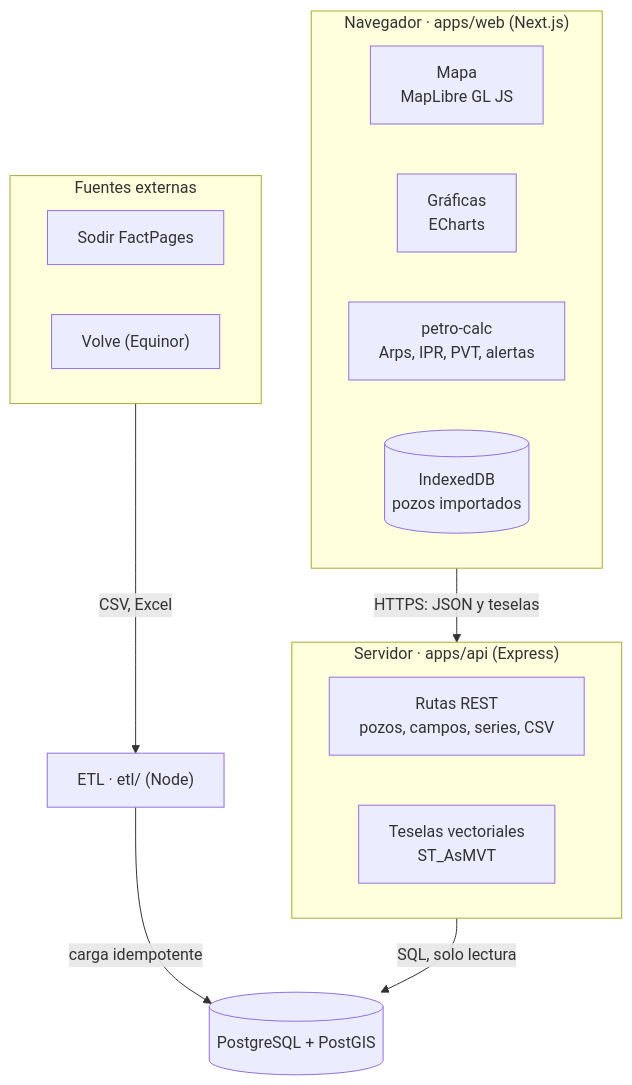
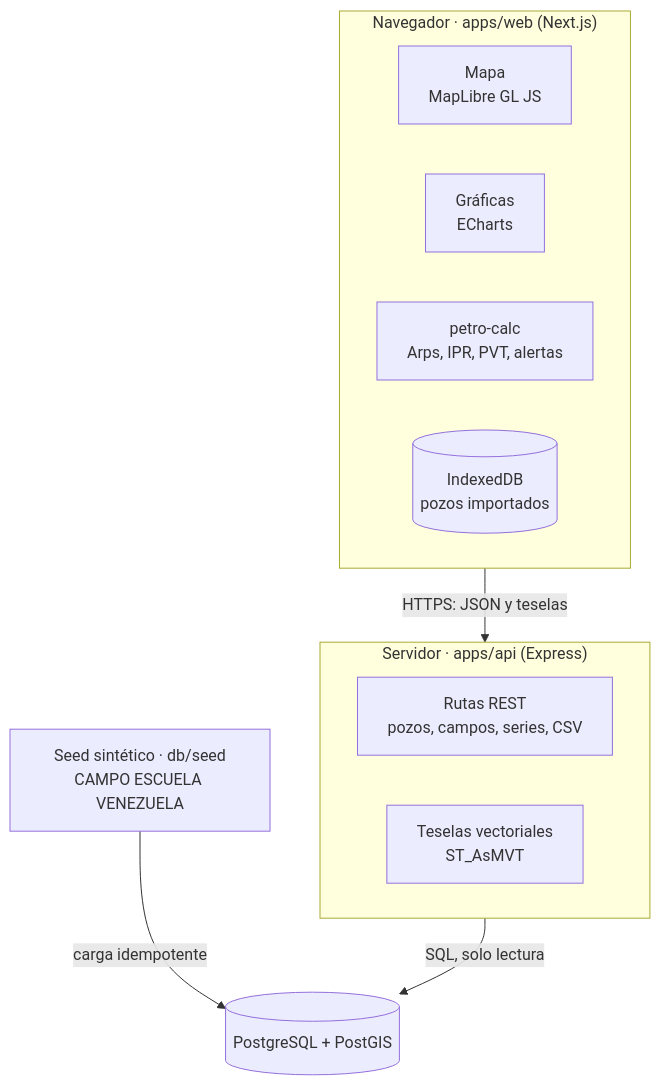
The diagram in docs/03-arquitectura.md (SuricatoAviones/petro-atlas), drawn with Mermaid before and after one commit. The commit also changed other lines of this file and 23 other files, not shown here.

````diff
--- a/docs/03-arquitectura.md
+++ b/docs/03-arquitectura.md
@@ -5,28 +5,22 @@
 ```mermaid
 flowchart TB
   subgraph nav["Navegador · apps/web (Next.js)"]
     mapa["Mapa<br/>MapLibre GL JS"]
     graf["Gráficas<br/>ECharts"]
     calc["petro-calc<br/>Arps, IPR, PVT, alertas"]
     idb[("IndexedDB<br/>pozos importados")]
   end
 
   subgraph srv["Servidor · apps/api (Express)"]
     rest["Rutas REST<br/>pozos, campos, series, CSV"]
     tiles["Teselas vectoriales<br/>ST_AsMVT"]
   end
 
   db[("PostgreSQL + PostGIS")]
 
-  subgraph src["Fuentes externas"]
-    sodir["Sodir FactPages"]
-    volve["Volve (Equinor)"]
-  end
-
-  etl["ETL · etl/ (Node)"]
+  seed["Seed sintético · db/seed<br/>CAMPO ESCUELA VENEZUELA"]
 
   nav -- "HTTPS: JSON y teselas" --> srv
   srv -- "SQL, solo lectura" --> db
-  src -- "CSV, Excel" --> etl
-  etl -- "carga idempotente" --> db
+  seed -- "carga idempotente" --> db
 ```
````
